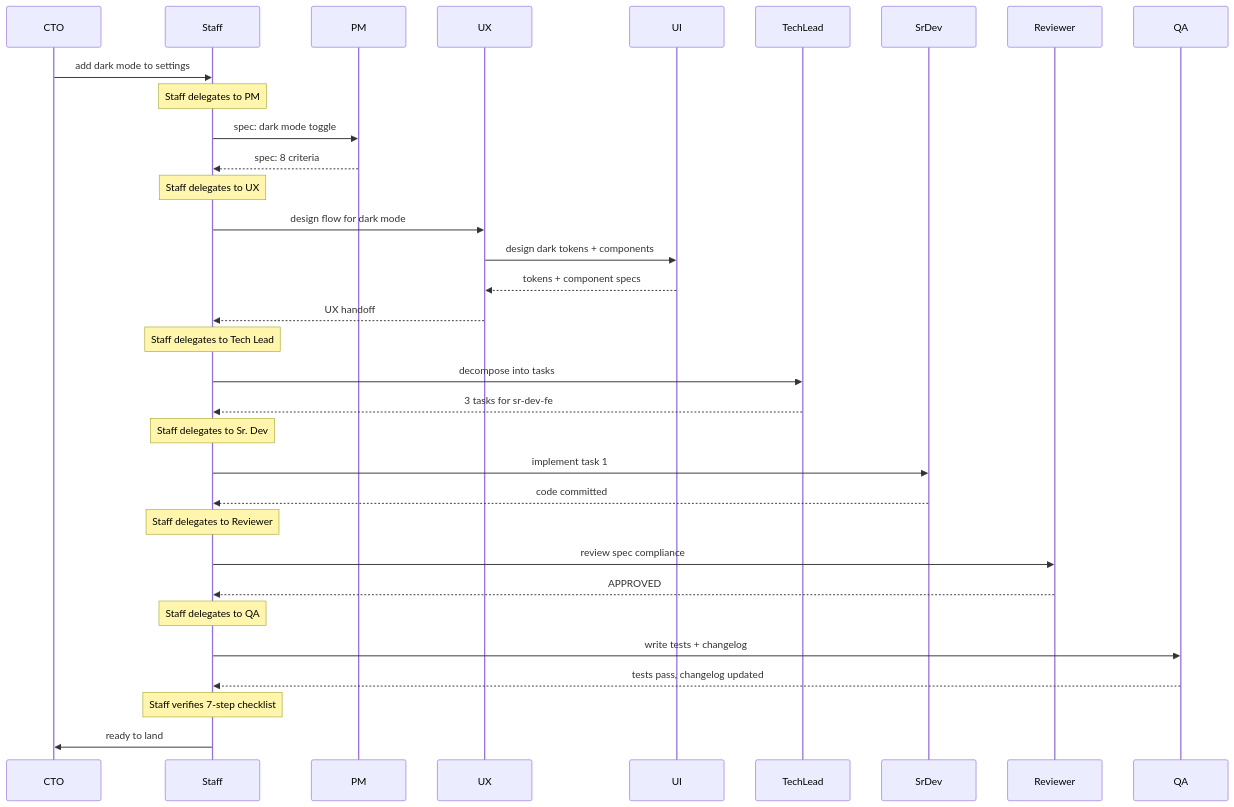
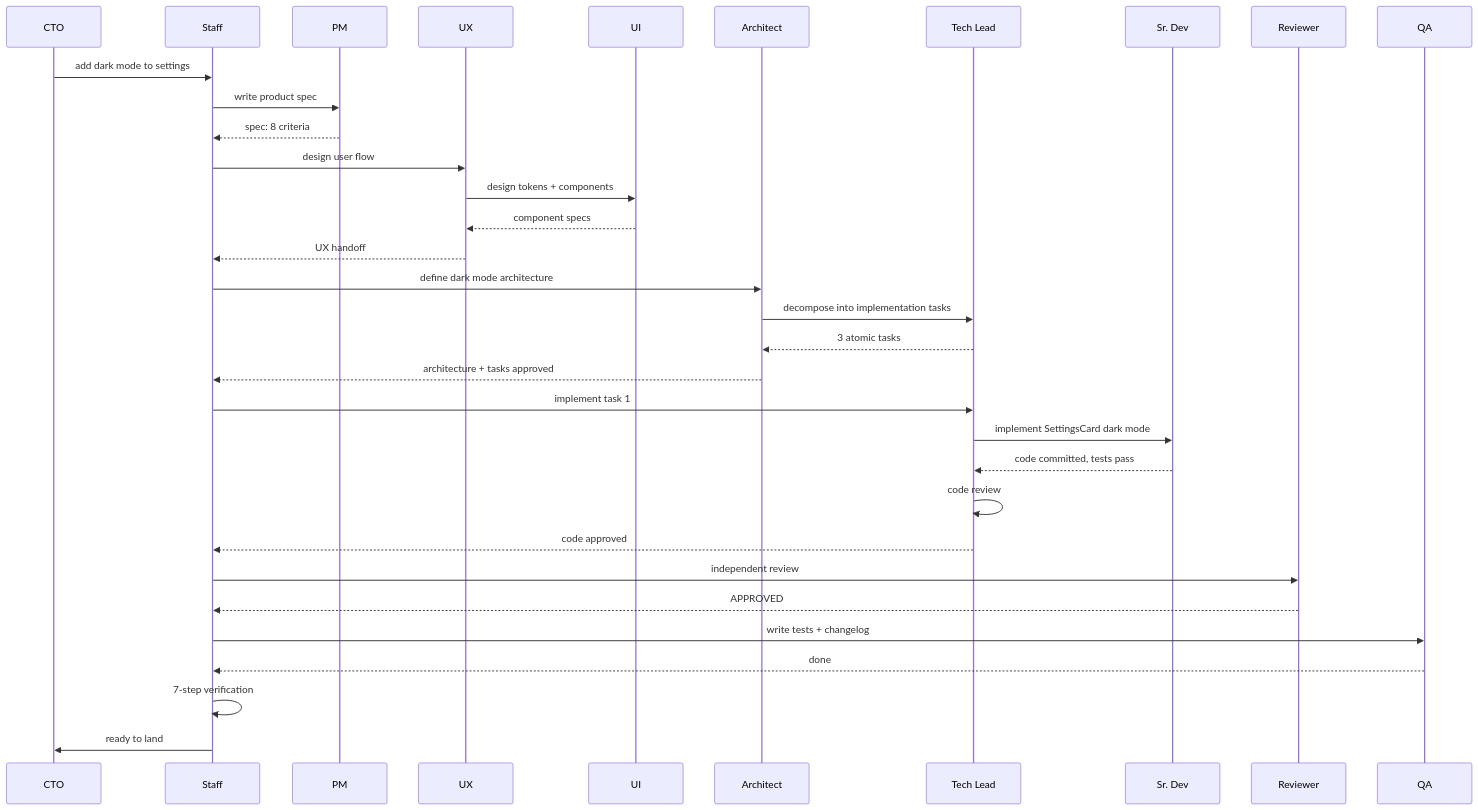
One commit to antonygiomarxdev/mill changed the third of 3 diagrams in docs/ORG-CHART.md. Above: the diagram before and after it, drawn with Mermaid. The commit also changed other lines of this file, not shown here.

First line of the commit message:
docs: add architect between staff and tech lead

````diff
--- a/docs/ORG-CHART.md
+++ b/docs/ORG-CHART.md
@@ -97,43 +106,44 @@
 ```mermaid
 sequenceDiagram
     participant CTO
     participant Staff
     participant PM
     participant UX
     participant UI
-    participant TechLead
-    participant SrDev
-    participant Reviewer
+    participant Arch as Architect
+    participant TL as Tech Lead
+    participant SD as Sr. Dev
+    participant Rev as Reviewer
     participant QA
     
     CTO->>Staff: add dark mode to settings
     
-    Note over Staff: Staff delegates to PM
-    Staff->>PM: spec: dark mode toggle
+    Staff->>PM: write product spec
     PM-->>Staff: spec: 8 criteria
     
-    Note over Staff: Staff delegates to UX
-    Staff->>UX: design flow for dark mode
-    UX->>UI: design dark tokens + components
-    UI-->>UX: tokens + component specs
+    Staff->>UX: design user flow
+    UX->>UI: design tokens + components
+    UI-->>UX: component specs
     UX-->>Staff: UX handoff
     
-    Note over Staff: Staff delegates to Tech Lead
-    Staff->>TechLead: decompose into tasks
-    TechLead-->>Staff: 3 tasks for sr-dev-fe
+    Staff->>Arch: define dark mode architecture
+    Arch->>TL: decompose into implementation tasks
+    TL-->>Arch: 3 atomic tasks
+    Arch-->>Staff: architecture + tasks approved
     
-    Note over Staff: Staff delegates to Sr. Dev
-    Staff->>SrDev: implement task 1
-    SrDev-->>Staff: code committed
+    Staff->>TL: implement task 1
+    TL->>SD: implement SettingsCard dark mode
+    SD-->>TL: code committed, tests pass
     
-    Note over Staff: Staff delegates to Reviewer
-    Staff->>Reviewer: review spec compliance
-    Reviewer-->>Staff: APPROVED
+    TL->>TL: code review
+    TL-->>Staff: code approved
     
-    Note over Staff: Staff delegates to QA
+    Staff->>Rev: independent review
+    Rev-->>Staff: APPROVED
+    
     Staff->>QA: write tests + changelog
-    QA-->>Staff: tests pass, changelog updated
+    QA-->>Staff: done
     
-    Note over Staff: Staff verifies 7-step checklist
+    Staff->>Staff: 7-step verification
     Staff->>CTO: ready to land
 ```
````
